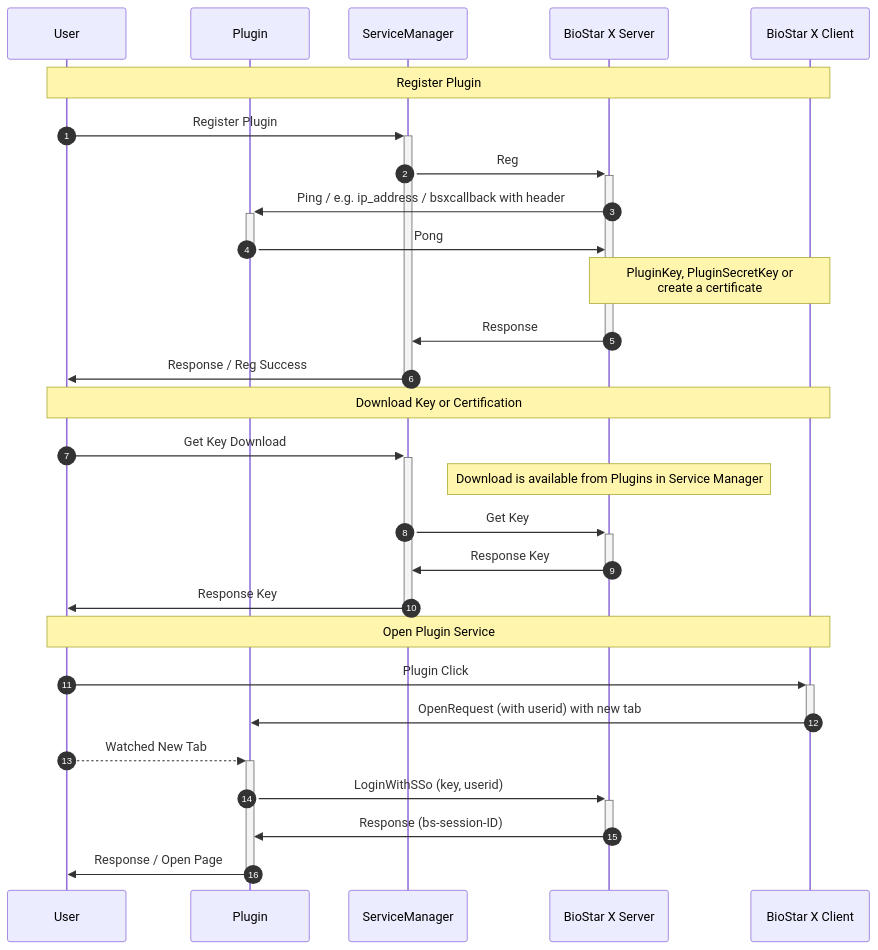
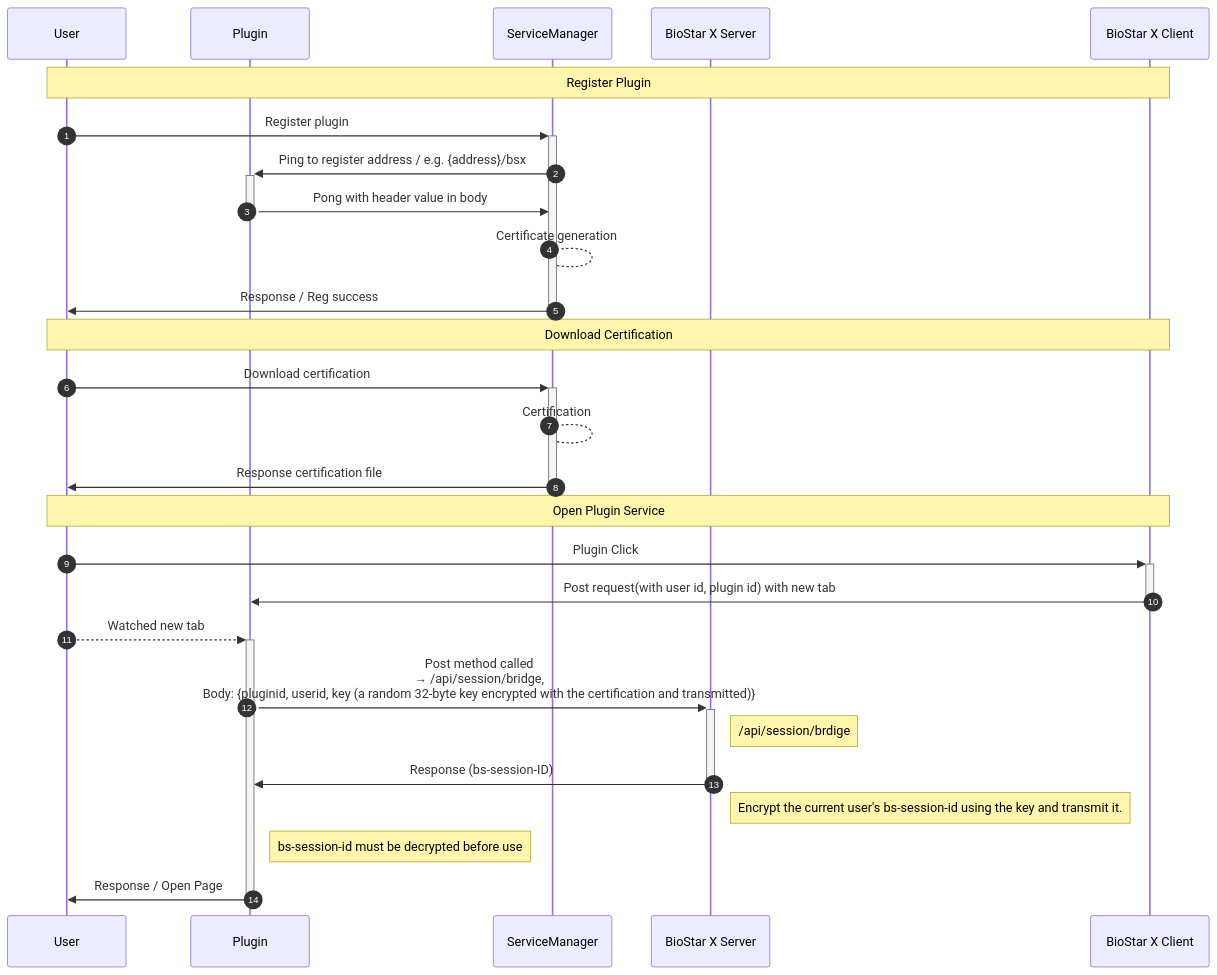
One commit to supremainc/docs changed the diagram in docs/platform/plugins/getting-started.mdx. Above: the diagram before and after it, drawn with Mermaid. The commit also changed 2 other files, not shown here.

Commit message:
AB#49: 개발팀 피드백 반영

````diff
--- a/docs/platform/plugins/getting-started.mdx
+++ b/docs/platform/plugins/getting-started.mdx
@@ -35,33 +35,32 @@
 ```mermaid
 sequenceDiagram
     autonumber
     participant U as User
     participant P as Plugin
     participant SM as ServiceManager
     participant BS as BioStar X Server
     participant BC as BioStar X Client
     
     Note over U,BC: Register Plugin
-    U->>+SM: Register Plugin
-    SM->>+BS: Reg
-    BS->>+P: Ping / e.g. ip_address / bsxcallback with header
-    P->>-BS: Pong
-    Note over BS,BC: PluginKey, PluginSecretKey or<br/>create a certificate
-    BS->>-SM: Response
-    SM->>-U: Response / Reg Success
-    
-    Note over U,BC: Download Key or Certification
-    U->>+SM: Get Key Download
-    Note over BS: Download is available from Plugins in Service Manager
-    SM->>+BS: Get Key
-    BS->>-SM: Response Key
-    SM->>-U: Response Key
-    
+    U->>+SM: Register plugin
+    SM->>+P: Ping to register address / e.g. {address}/bsx
+    P->>-SM: Pong with header value in body
+    SM-->SM: Certificate generation
+    SM->>-U: Response / Reg success
+
+    Note over U,BC: Download Certification
+    U->>+SM: Download certification
+    SM-->SM: Certification
+    SM->>-U: Response certification file
+
     Note over U,BC: Open Plugin Service
     U->>+BC: Plugin Click
-    BC->>-P: OpenRequest (with userid) with new tab
-    U-->>+P: Watched New Tab
-    P->>+BS: LoginWithSSo (key, userid)
+    BC->>-P: Post request(with user id, plugin id) with new tab
+    U-->>+P: Watched new tab
+    P->>+BS: Post method called <br/>→ /api/session/bridge,<br/>Body: {pluginid, userid, key (a random 32-byte key encrypted with the certification and transmitted)}
+    Note right of BS: /api/session/brdige
     BS->>-P: Response (bs-session-ID)
+    Note right of BS: Encrypt the current user's bs-session-id using the key and transmit it.
+    Note right of P: bs-session-id must be decrypted before use
     P->>-U: Response / Open Page
 ```
````
